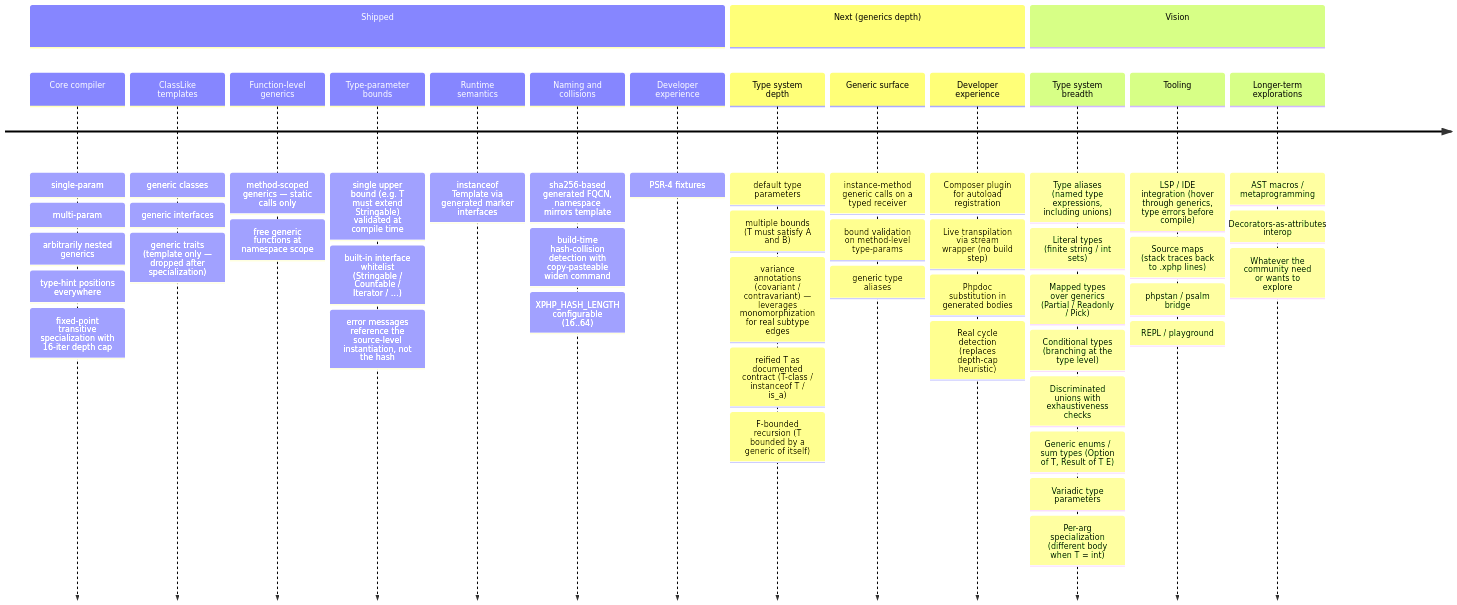
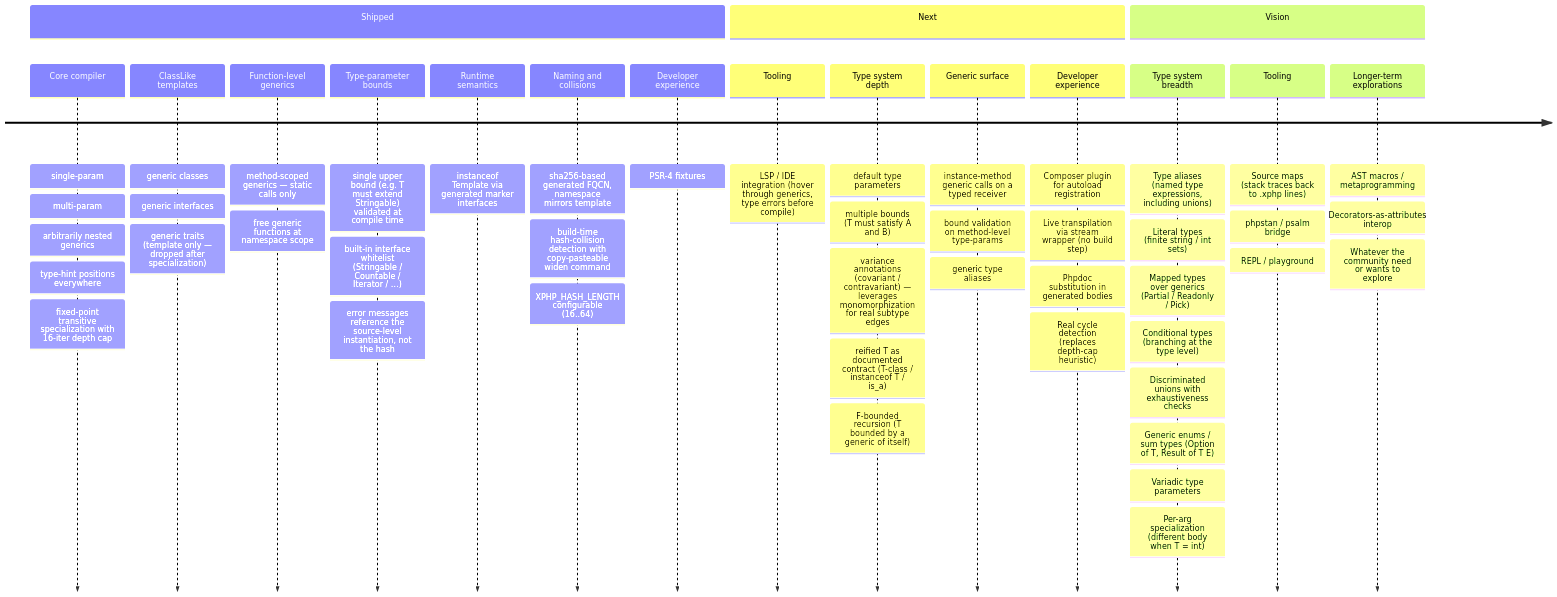
One commit to xphp-lang/xphp changed the diagram in docs/roadmap.md. Above: the diagram before and after it, drawn with Mermaid.

Commit message:
docs: promote LSP / IDE integration from Vision to Next
Hover-through-generics and pre-compile type errors are core developer
experience for adoption -- treating them as a near-term milestone
rather than long-arc vision. The Next section's heading drops the
"(generics depth)" qualifier now that it covers tooling as well.

Source maps, phpstan / psalm bridge, and REPL / playground stay in
Vision -- they ride on top of LSP infrastructure or address a broader
arc.

````diff
--- a/docs/roadmap.md
+++ b/docs/roadmap.md
@@ -6,64 +6,65 @@
 ```mermaid
 timeline
     section Shipped
         Core compiler
                 : single-param
                 : multi-param
                 : arbitrarily nested generics
                 : type-hint positions everywhere
                 : fixed-point transitive specialization with 16-iter depth cap
         ClassLike templates
                 : generic classes
                 : generic interfaces
                 : generic traits (template only — dropped after specialization)
         Function-level generics
                 : method-scoped generics — static calls only
                 : free generic functions at namespace scope
         Type-parameter bounds
                 : single upper bound (e.g. T must extend Stringable) validated at compile time
                 : built-in interface whitelist (Stringable / Countable / Iterator / …)
                 : error messages reference the source-level instantiation, not the hash
         Runtime semantics
                 : instanceof Template via generated marker interfaces
         Naming and collisions
                 : sha256-based generated FQCN, namespace mirrors template
                 : build-time hash-collision detection with copy-pasteable widen command
                 : XPHP_HASH_LENGTH configurable (16..64)
         Developer experience
                 : PSR-4 fixtures
-    section Next (generics depth)
+    section Next
+        Tooling
+                : LSP / IDE integration (hover through generics, type errors before compile)
         Type system depth
                 : default type parameters
                 : multiple bounds (T must satisfy A and B)
                 : variance annotations (covariant / contravariant) — leverages monomorphization for real subtype edges
                 : reified T as documented contract (T-class / instanceof T / is_a)
                 : F-bounded recursion (T bounded by a generic of itself)
         Generic surface
                 : instance-method generic calls on a typed receiver
                 : bound validation on method-level type-params
                 : generic type aliases
         Developer experience
                 : Composer plugin for autoload registration
                 : Live transpilation via stream wrapper (no build step)
                 : Phpdoc substitution in generated bodies
                 : Real cycle detection (replaces depth-cap heuristic)
     section Vision
         Type system breadth
                 : Type aliases (named type expressions, including unions)
                 : Literal types (finite string / int sets)
                 : Mapped types over generics (Partial / Readonly / Pick)
                 : Conditional types (branching at the type level)
                 : Discriminated unions with exhaustiveness checks
                 : Generic enums / sum types (Option of T, Result of T E)
                 : Variadic type parameters
                 : Per-arg specialization (different body when T = int)
         Tooling
-                : LSP / IDE integration (hover through generics, type errors before compile)
                 : Source maps (stack traces back to .xphp lines)
                 : phpstan / psalm bridge
                 : REPL / playground
         Longer-term explorations
                 : AST macros / metaprogramming
                 : Decorators-as-attributes interop
                 : Whatever the community need or wants to explore
 ```
````
